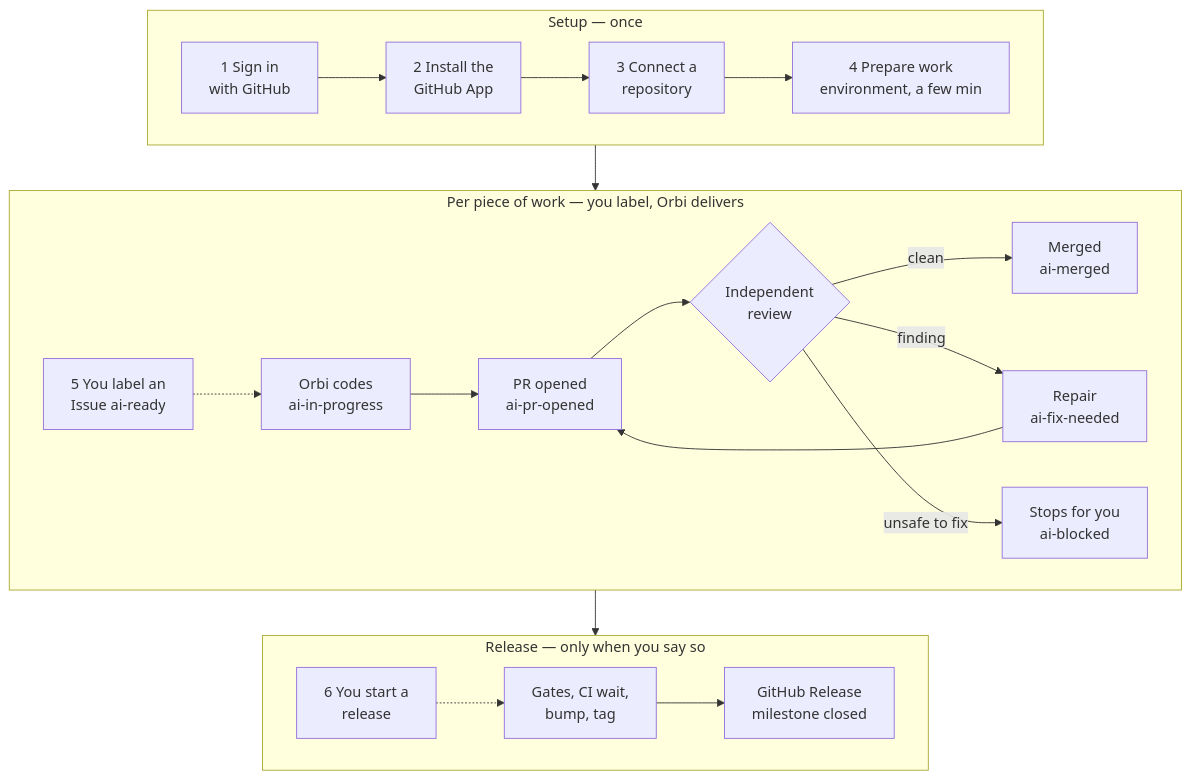
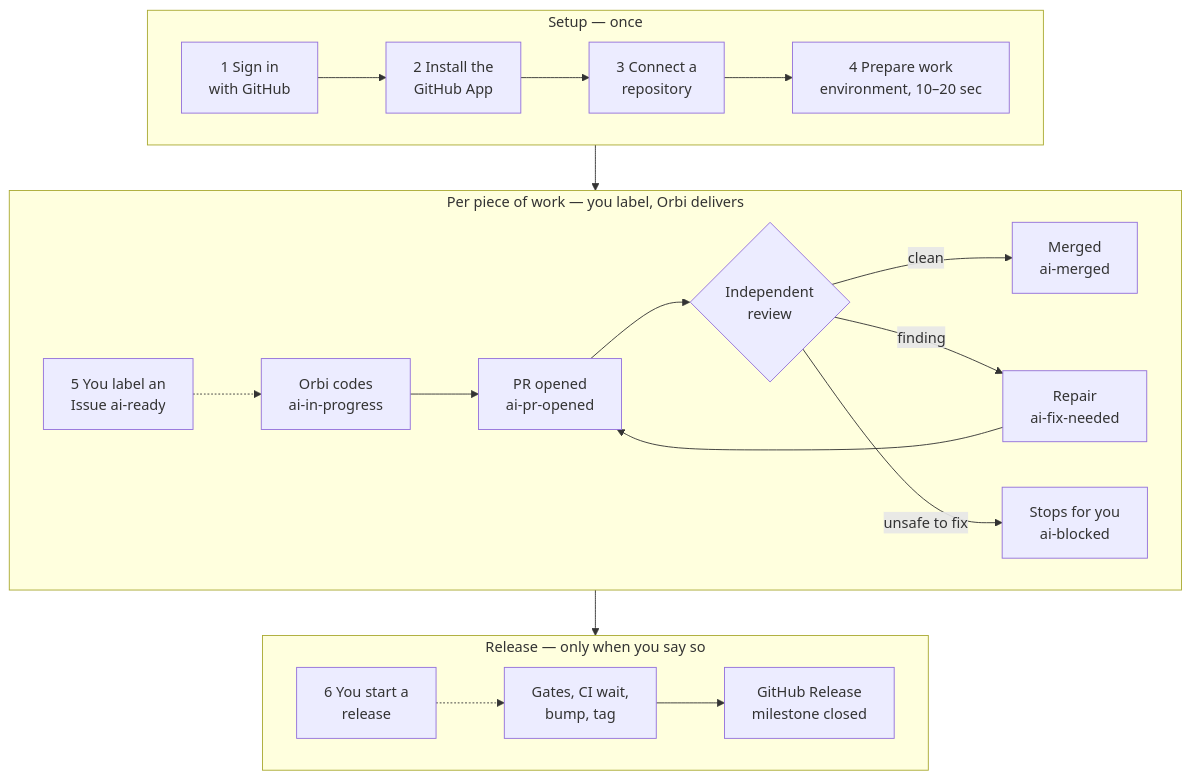
Before and after one commit to orbi-build/orbi-cloud-docs: the first of 2 diagrams in index.mdx, drawn with Mermaid. The commit also changed other lines of this file and 72 other files, not shown here.

Commit message:
docs: sync current Cloud flows and bilingual screenshots

````diff
--- a/index.mdx
+++ b/index.mdx
@@ -18,22 +18,22 @@
 ```mermaid
 flowchart TD
   subgraph setup["Setup — once"]
     direction LR
-    s1["1 Sign in<br/>with GitHub"] --> s2["2 Install the<br/>GitHub App"] --> s3["3 Connect a<br/>repository"] --> s4["4 Prepare work<br/>environment, a few min"]
+    s1["1 Sign in<br/>with GitHub"] --> s2["2 Install the<br/>GitHub App"] --> s3["3 Connect a<br/>repository"] --> s4["4 Prepare work<br/>environment, 10–20 sec"]
   end
 
   subgraph work["Per piece of work — you label, Orbi delivers"]
     direction LR
     w1["5 You label an<br/>Issue ai-ready"] -.-> w2["Orbi codes<br/>ai-in-progress"] --> w3["PR opened<br/>ai-pr-opened"] --> w4{"Independent<br/>review"}
     w4 -->|clean| w5["Merged<br/>ai-merged"]
     w4 -->|finding| w6["Repair<br/>ai-fix-needed"] --> w3
     w4 -->|unsafe to fix| w7["Stops for you<br/>ai-blocked"]
   end
 
   subgraph rel["Release — only when you say so"]
     direction LR
     r1["6 You start a<br/>release"] -.-> r2["Gates, CI wait,<br/>bump, tag"] --> r3["GitHub Release<br/>milestone closed"]
   end
 
   setup --> work --> rel
 ```
````
